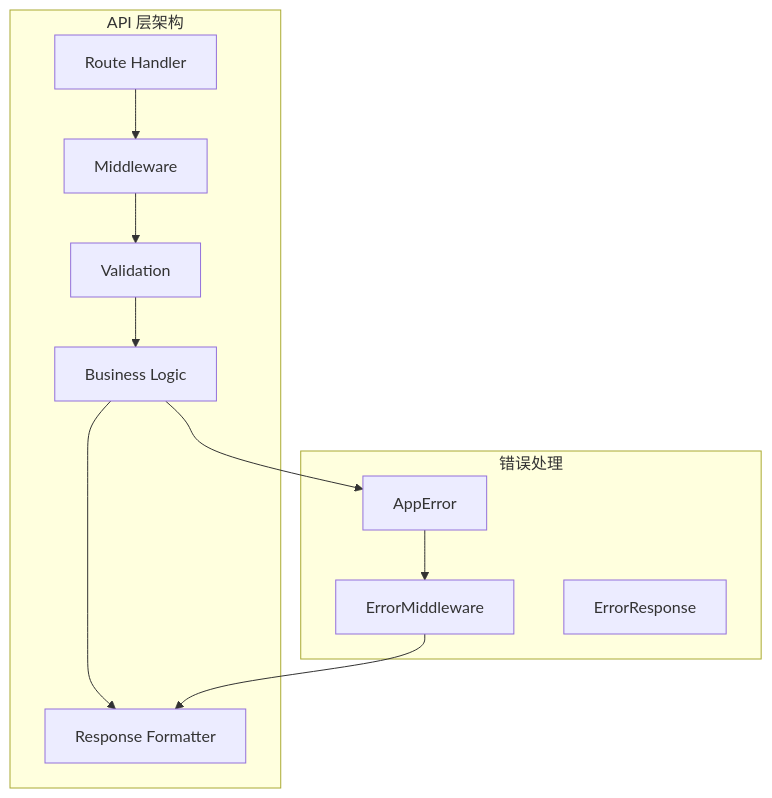
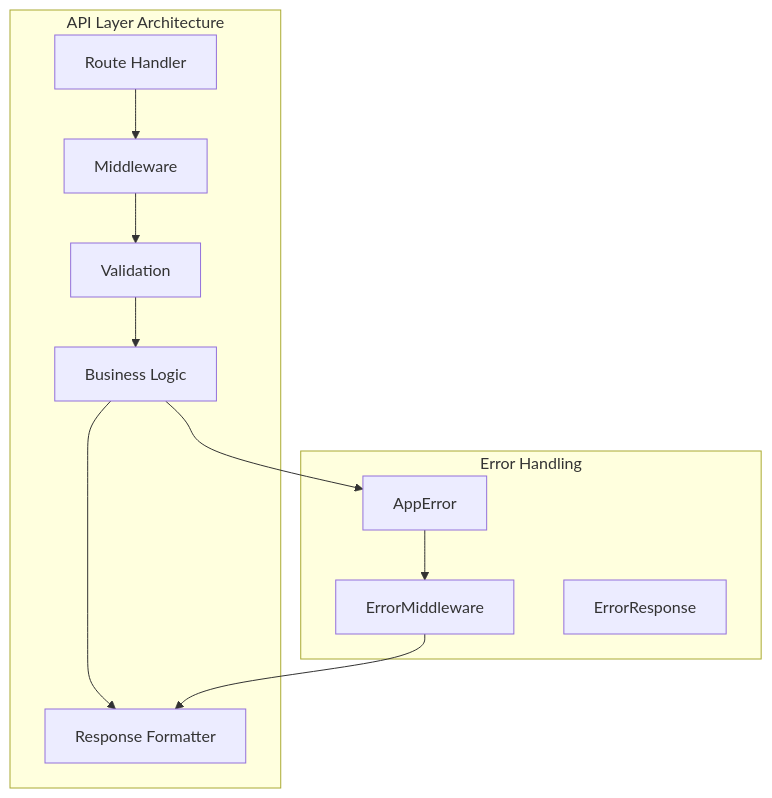
Before and after one commit to imokokok/Insight: the diagram in docs/architecture/api-layer.md, drawn with Mermaid. The commit also changed other lines of this file and 9 other files, not shown here.

````diff
--- a/docs/architecture/api-layer.md
+++ b/docs/architecture/api-layer.md
@@ -18,19 +18,19 @@
 ```mermaid
 graph TB
-    subgraph API["API 层架构"]
+    subgraph API["API Layer Architecture"]
         A[Route Handler] --> B[Middleware]
         B --> C[Validation]
         C --> D[Business Logic]
         D --> E[Response Formatter]
     end
 
-    subgraph ErrorHandling["错误处理"]
+    subgraph ErrorHandling["Error Handling"]
         F[AppError]
         G[ErrorMiddleware]
         H[ErrorResponse]
     end
 
     D --> F
     F --> G
     G --> E
 ```
````
